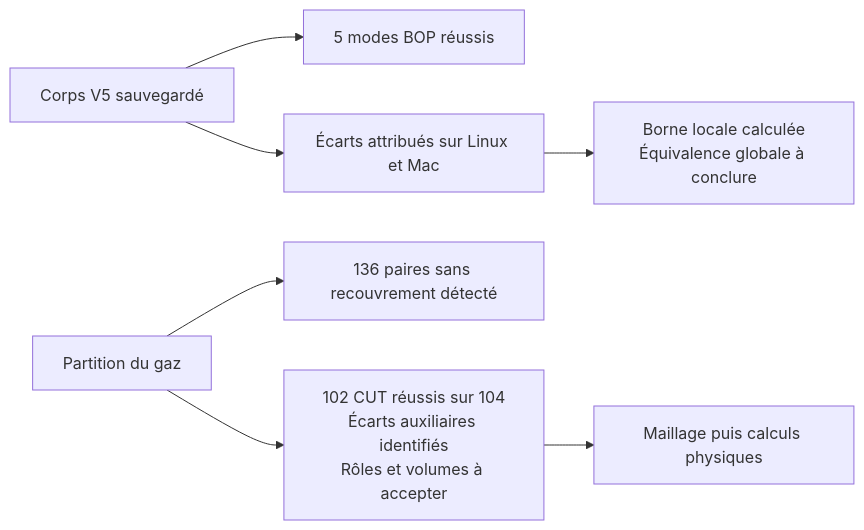
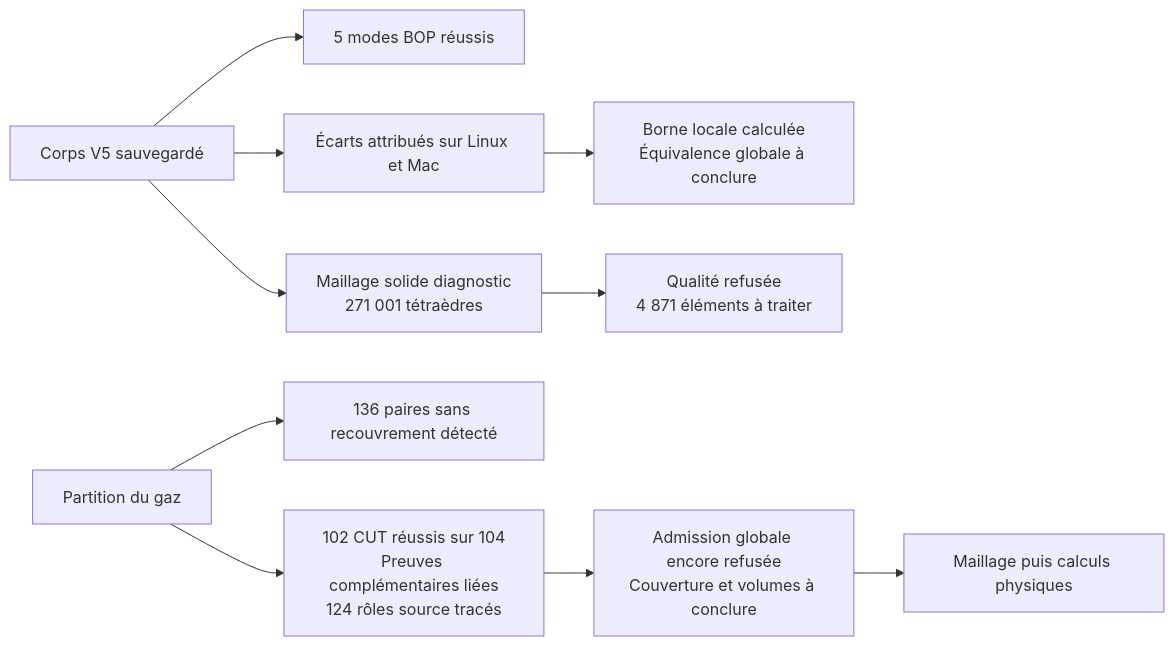
Before and after one commit to cluster2600/porscheparts: the diagram in docs/M64_GEOMETRY_CHECKPOINT_20260908.md, drawn with Mermaid. The commit also changed other lines of this file and 1 other file, not shown here.

Commit message:
docs(m64): record complete gas role mapping and V5 diagnostic mesh

````diff
--- a/docs/M64_GEOMETRY_CHECKPOINT_20260908.md
+++ b/docs/M64_GEOMETRY_CHECKPOINT_20260908.md
@@ -448,9 +569,12 @@
 ```mermaid
 flowchart LR
     A[Corps V5 sauvegardé] --> B[5 modes BOP réussis]
     A --> C[Écarts attribués sur Linux et Mac]
     C --> D[Borne locale calculée<br/>Équivalence globale à conclure]
+    A --> J[Maillage solide diagnostic<br/>271 001 tétraèdres]
+    J --> K[Qualité refusée<br/>4 871 éléments à traiter]
     E[Partition du gaz] --> F[136 paires sans recouvrement détecté]
-    E --> G[102 CUT réussis sur 104<br/>Écarts auxiliaires identifiés<br/>Rôles et volumes à accepter]
-    G --> H[Maillage puis calculs physiques]
+    E --> G[102 CUT réussis sur 104<br/>Preuves complémentaires liées<br/>124 rôles source tracés]
+    G --> H[Admission globale encore refusée<br/>Couverture et volumes à conclure]
+    H --> I[Maillage puis calculs physiques]
 ```
````
